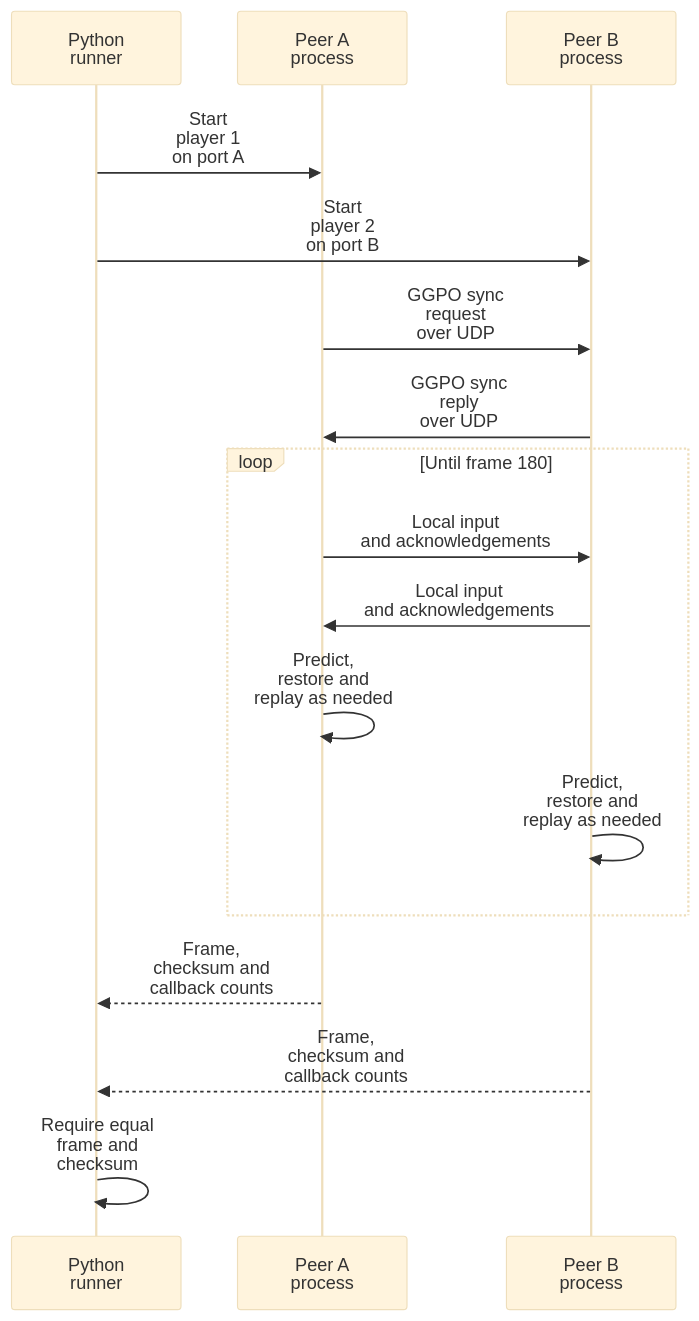
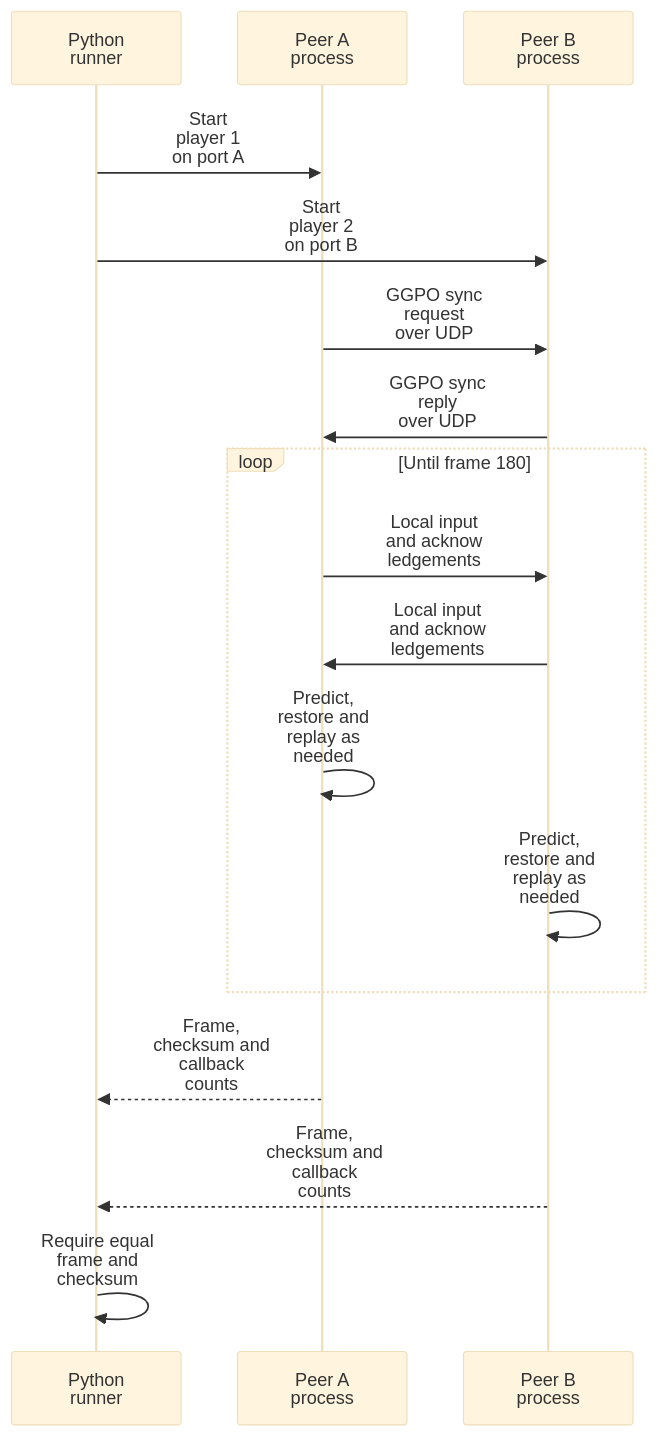
The third of 3 diagrams in doc/architecture/Testing.md (irregularthanis/ggpo-next), drawn with Mermaid (base theme) before and after one commit. The commit also changed other lines of this file and 8 other files, not shown here.

Commit message:
docs: tighten all architecture diagram wrapping

````diff
--- a/doc/architecture/Testing.md
+++ b/doc/architecture/Testing.md
@@ -136,20 +136,20 @@
 ```mermaid
 sequenceDiagram
     participant Runner as Python<br/>runner
     participant A as Peer A<br/>process
     participant B as Peer B<br/>process
 
     Runner->>A: Start<br/>player 1<br/>on port A
     Runner->>B: Start<br/>player 2<br/>on port B
     A->>B: GGPO sync<br/>request<br/>over UDP
     B->>A: GGPO sync<br/>reply<br/>over UDP
     loop Until frame 180
-        A->>B: Local input<br/>and acknowledgements
-        B->>A: Local input<br/>and acknowledgements
-        A->>A: Predict,<br/>restore and<br/>replay as needed
-        B->>B: Predict,<br/>restore and<br/>replay as needed
+        A->>B: Local input<br/>and acknow<br/>ledgements
+        B->>A: Local input<br/>and acknow<br/>ledgements
+        A->>A: Predict,<br/>restore and<br/>replay as<br/>needed
+        B->>B: Predict,<br/>restore and<br/>replay as<br/>needed
     end
-    A-->>Runner: Frame,<br/>checksum and<br/>callback counts
-    B-->>Runner: Frame,<br/>checksum and<br/>callback counts
+    A-->>Runner: Frame,<br/>checksum and<br/>callback<br/>counts
+    B-->>Runner: Frame,<br/>checksum and<br/>callback<br/>counts
     Runner->>Runner: Require equal<br/>frame and<br/>checksum
 ```
````
